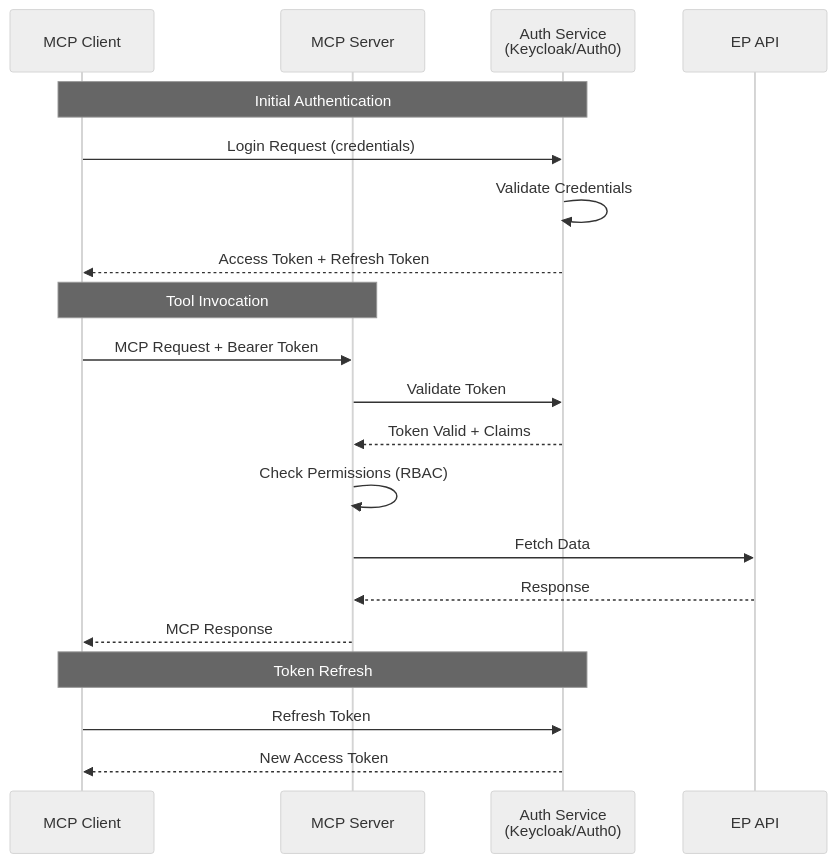
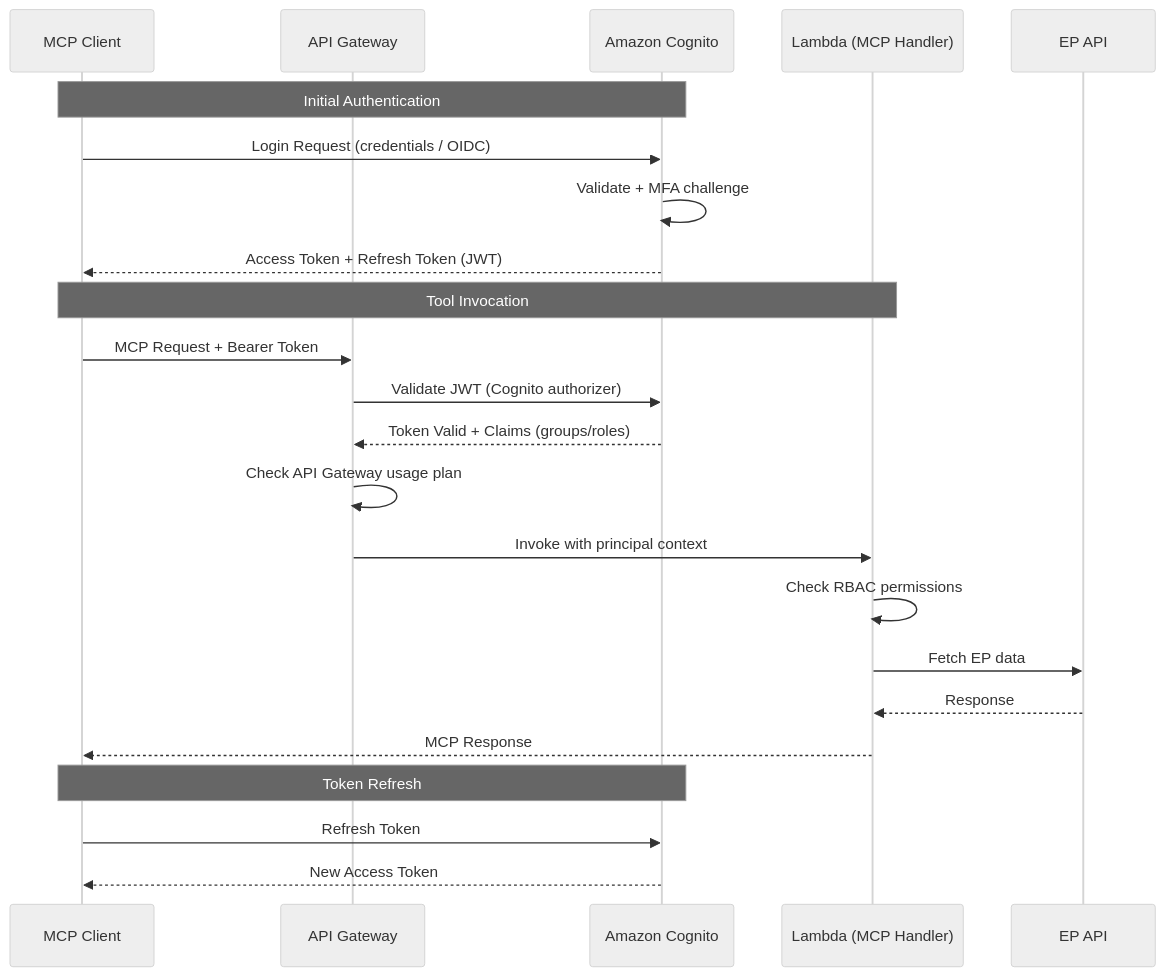
The fourth of 19 diagrams in FUTURE_SECURITY_ARCHITECTURE.md (Hack23/European-Parliament-MCP-Server), drawn with Mermaid (neutral theme) before and after one commit. The commit also changed other lines of this file, not shown here.

Commit message:
docs: expand FUTURE_SECURITY_ARCHITECTURE.md with all missing mandatory sections

````diff
--- a/FUTURE_SECURITY_ARCHITECTURE.md
+++ b/FUTURE_SECURITY_ARCHITECTURE.md
@@ -70,25 +289,28 @@
 ```mermaid
 sequenceDiagram
     participant Client as MCP Client
-    participant Server as MCP Server
-    participant Auth as Auth Service<br/>(Keycloak/Auth0)
+    participant APIGW as API Gateway
+    participant Cognito as Amazon Cognito
+    participant Lambda as Lambda (MCP Handler)
     participant EP as EP API
-    
-    Note over Client,Auth: Initial Authentication
-    Client->>Auth: Login Request (credentials)
-    Auth->>Auth: Validate Credentials
-    Auth-->>Client: Access Token + Refresh Token
-    
-    Note over Client,Server: Tool Invocation
-    Client->>Server: MCP Request + Bearer Token
-    Server->>Auth: Validate Token
-    Auth-->>Server: Token Valid + Claims
-    Server->>Server: Check Permissions (RBAC)
-    Server->>EP: Fetch Data
-    EP-->>Server: Response
-    Server-->>Client: MCP Response
-    
-    Note over Client,Auth: Token Refresh
-    Client->>Auth: Refresh Token
-    Auth-->>Client: New Access Token
+
+    Note over Client,Cognito: Initial Authentication
+    Client->>Cognito: Login Request (credentials / OIDC)
+    Cognito->>Cognito: Validate + MFA challenge
+    Cognito-->>Client: Access Token + Refresh Token (JWT)
+
+    Note over Client,Lambda: Tool Invocation
+    Client->>APIGW: MCP Request + Bearer Token
+    APIGW->>Cognito: Validate JWT (Cognito authorizer)
+    Cognito-->>APIGW: Token Valid + Claims (groups/roles)
+    APIGW->>APIGW: Check API Gateway usage plan
+    APIGW->>Lambda: Invoke with principal context
+    Lambda->>Lambda: Check RBAC permissions
+    Lambda->>EP: Fetch EP data
+    EP-->>Lambda: Response
+    Lambda-->>Client: MCP Response
+
+    Note over Client,Cognito: Token Refresh
+    Client->>Cognito: Refresh Token
+    Cognito-->>Client: New Access Token
 ```
````
